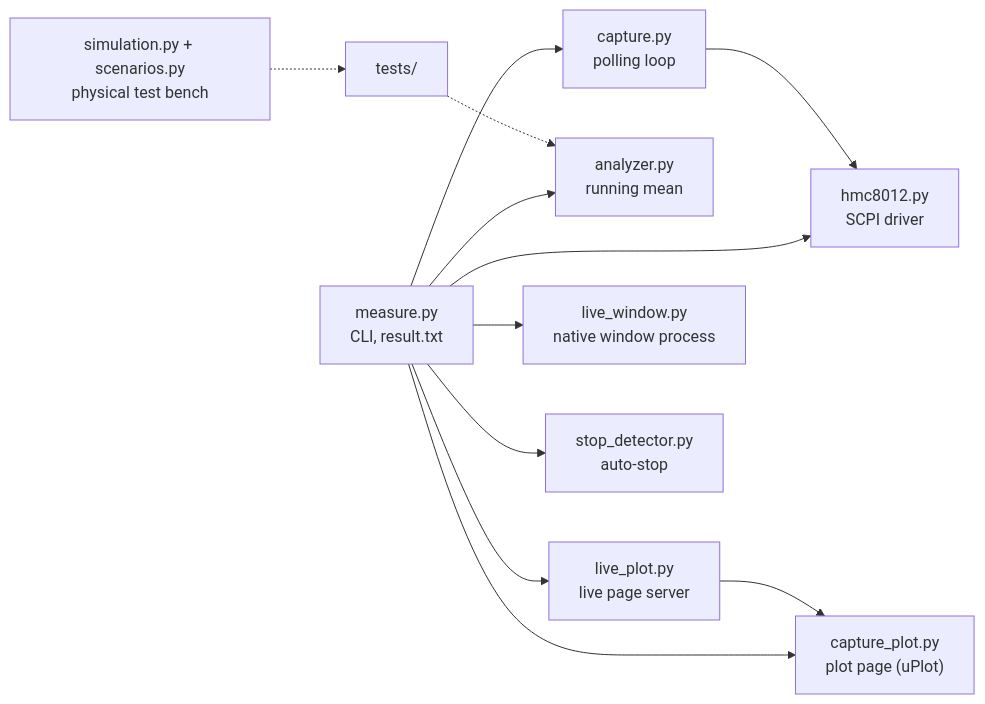
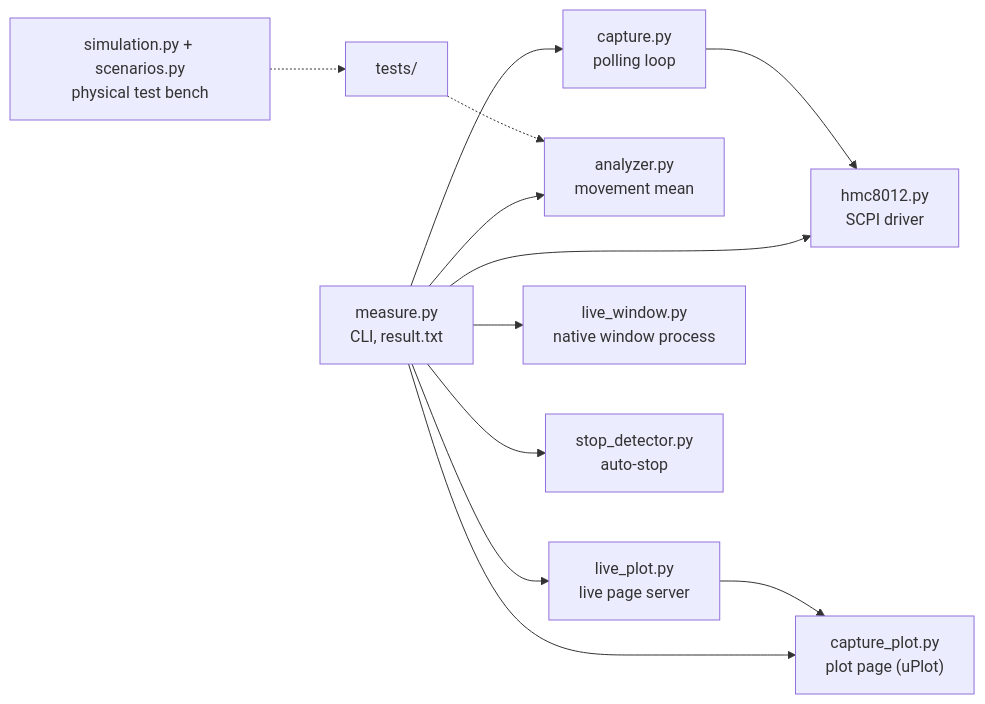
One commit to YarinCardillo/hmc8012-measure changed the diagram in README.md. Above: the diagram before and after it, drawn with Mermaid. The commit also changed other lines of this file and 21 other files, not shown here.

````diff
--- a/README.md
+++ b/README.md
@@ -175,14 +178,14 @@
 ```mermaid
 flowchart LR
     CLI["measure.py<br/>CLI, result.txt"] --> DRV["hmc8012.py<br/>SCPI driver"]
     CLI --> CAP["capture.py<br/>polling loop"]
     CAP --> DRV
-    CLI --> ANA["analyzer.py<br/>running mean"]
+    CLI --> ANA["analyzer.py<br/>movement mean"]
     CLI --> PLOT["capture_plot.py<br/>plot page (uPlot)"]
     CLI --> LIVE["live_plot.py<br/>live page server"]
     LIVE --> PLOT
     CLI --> WIN["live_window.py<br/>native window process"]
     CLI --> STOP["stop_detector.py<br/>auto-stop"]
     SIM["simulation.py + scenarios.py<br/>physical test bench"] -.-> TESTS["tests/"]
     TESTS -.-> ANA
 ```
````
